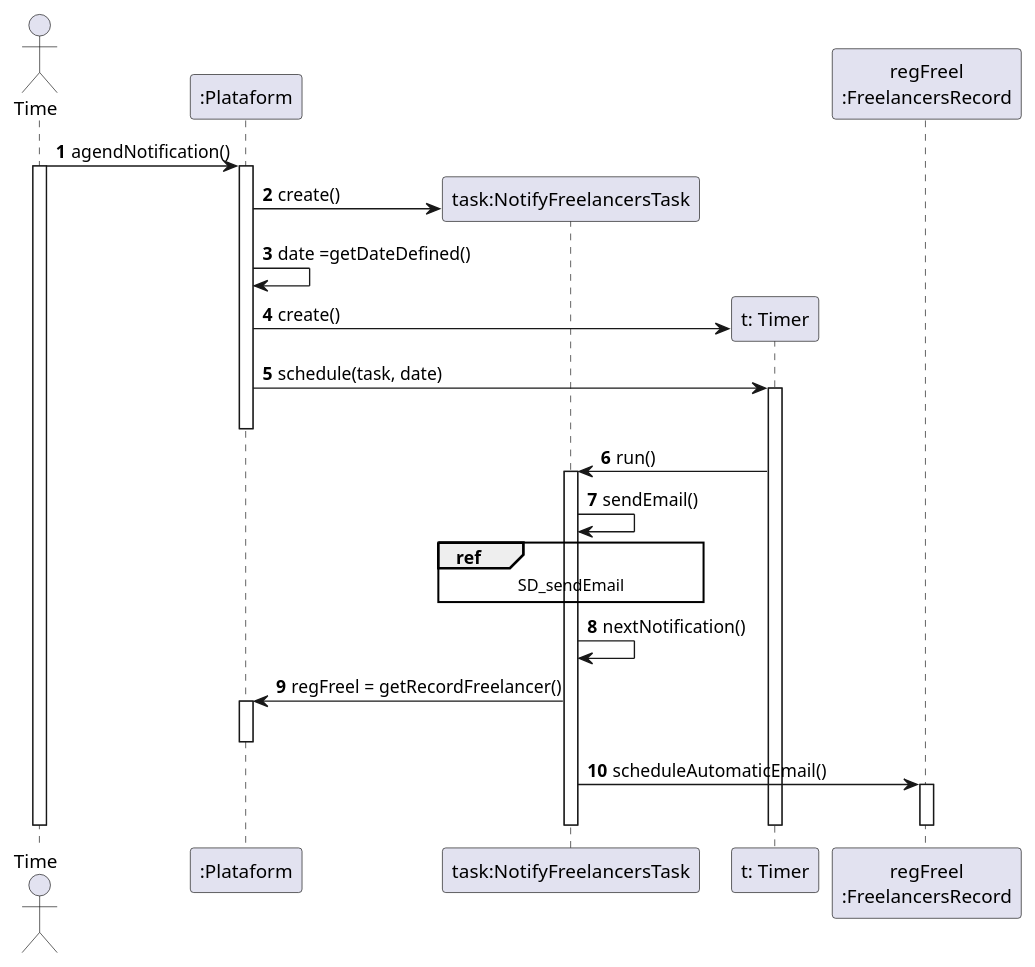
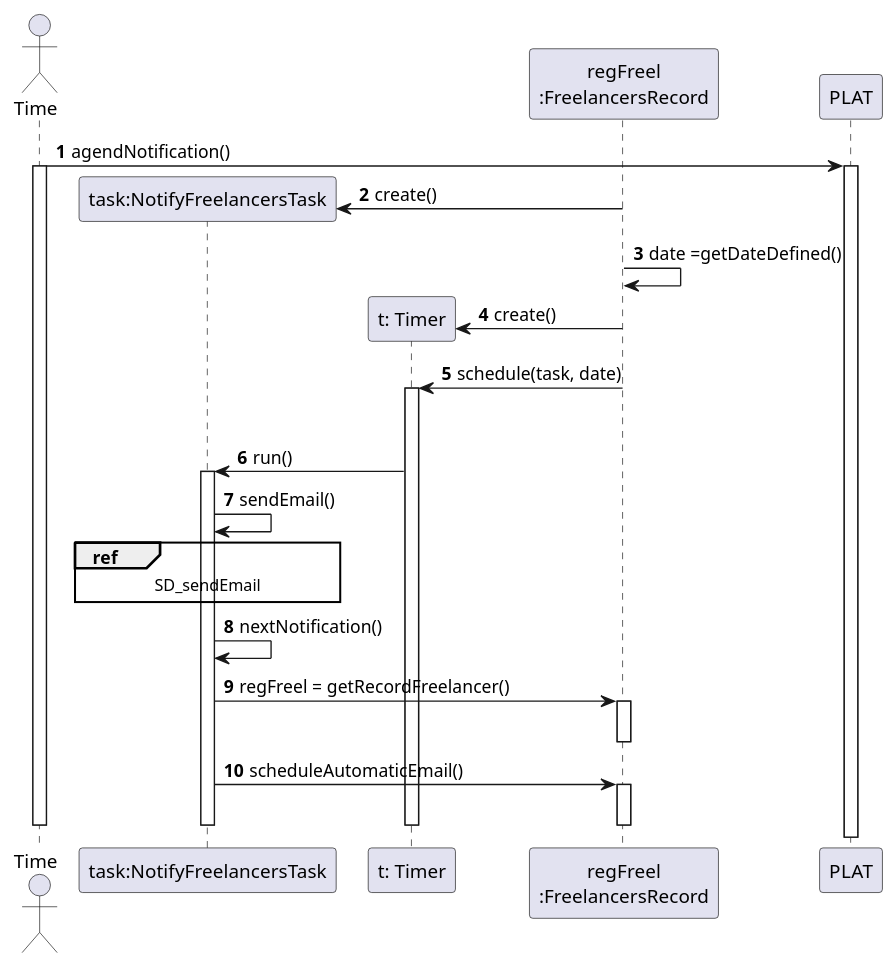
The diagram in docs/UC10 - Notify delayed freelancers (automatically)/UC10_SD1.puml (pedrolemos4/LAPR2), drawn with PlantUML before and after one commit. The commit also changed 4 other files, not shown here.

```diff
--- a/docs/UC10 - Notify delayed freelancers (automatically)/UC10_SD1.puml
+++ b/docs/UC10 - Notify delayed freelancers (automatically)/UC10_SD1.puml
@@ -1,47 +1,46 @@
 @startuml
 autonumber
 
 actor "Time" as TEMPO
 
-participant ":Plataform" as PLAT
 participant "task:NotifyFreelancersTask" as SCAT
 participant "t: Timer" as TIMER
 participant "regFreel\n:FreelancersRecord" as RFREEL
 
 
 TEMPO -> PLAT : agendNotification()
 activate TEMPO
 
 activate PLAT
-PLAT -> SCAT** : create()
-PLAT -> PLAT : date =getDateDefined()
-PLAT -> TIMER** : create()
-PLAT -> TIMER : schedule(task, date)
+RFREEL -> SCAT** : create()
+RFREEL -> RFREEL : date =getDateDefined()
+RFREEL -> TIMER** : create()
+RFREEL -> TIMER : schedule(task, date)
 activate TIMER
-deactivate PLAT
+deactivate RFREEL
 
 TIMER -> SCAT : run()
 activate SCAT
 SCAT -> SCAT : sendEmail()
 
 REF over SCAT
 SD_sendEmail
 end REF
 
 SCAT -> SCAT : nextNotification()
 
 
-SCAT -> PLAT : regFreel = getRecordFreelancer()
-activate PLAT
-deactivate PLAT
+SCAT -> RFREEL : regFreel = getRecordFreelancer()
+activate RFREEL
+deactivate RFREEL
 
 SCAT -> RFREEL : scheduleAutomaticEmail()
 activate RFREEL
 deactivate RFREEL
 
 deactivate TIMER
 deactivate SCAT
 deactivate TEMPO
 
 
 @enduml
```
